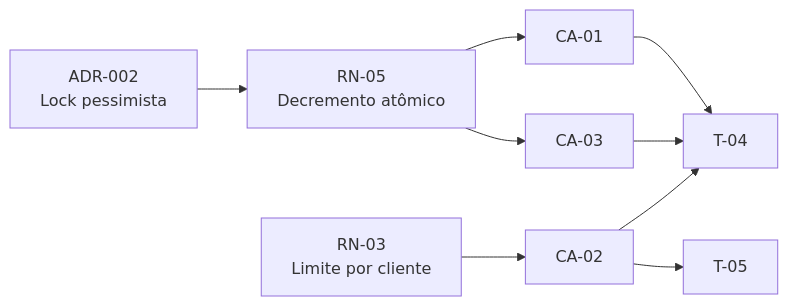
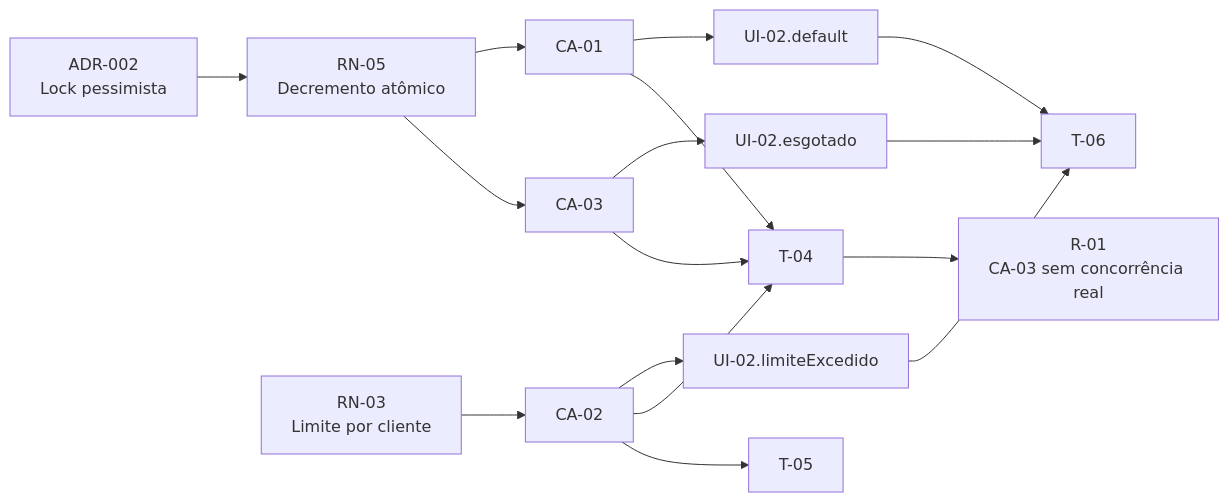
The diagram in templates/pipeline-example.md (leanwork/leanwork-sdd), drawn with Mermaid before and after one commit. The commit also changed other lines of this file and 29 other files, not shown here.

````diff
--- a/templates/pipeline-example.md
+++ b/templates/pipeline-example.md
@@ -170,11 +348,18 @@
 ```mermaid
 graph LR
     ADR002[ADR-002<br/>Lock pessimista] --> RN05[RN-05<br/>Decremento atômico]
     RN05 --> CA01[CA-01]
     RN05 --> CA03[CA-03]
     RN03[RN-03<br/>Limite por cliente] --> CA02[CA-02]
+    CA01 --> UI02[UI-02.default]
+    CA02 --> UI02L[UI-02.limiteExcedido]
+    CA03 --> UI02E[UI-02.esgotado]
     CA01 --> T04[T-04]
     CA02 --> T04
     CA02 --> T05[T-05]
     CA03 --> T04
+    UI02 --> T06[T-06]
+    UI02L --> T06
+    UI02E --> T06
+    T04 --> R01[R-01<br/>CA-03 sem concorrência real]
 ```
````
